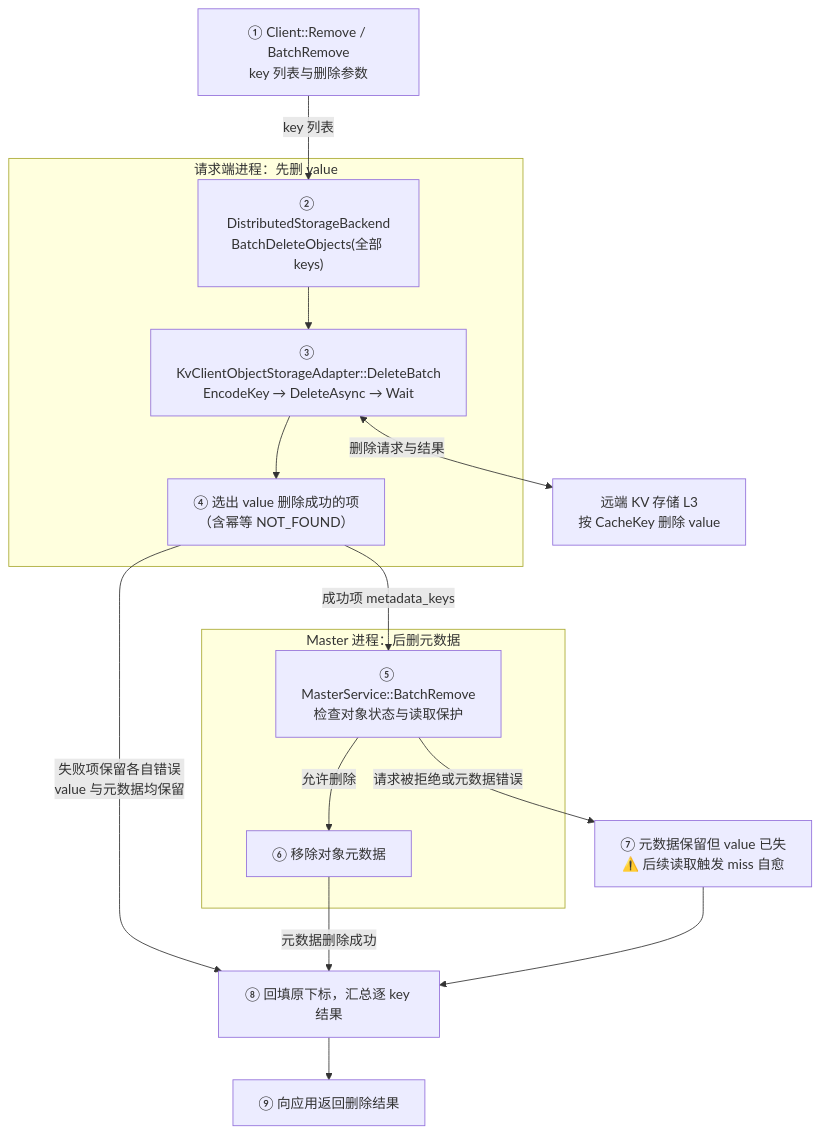
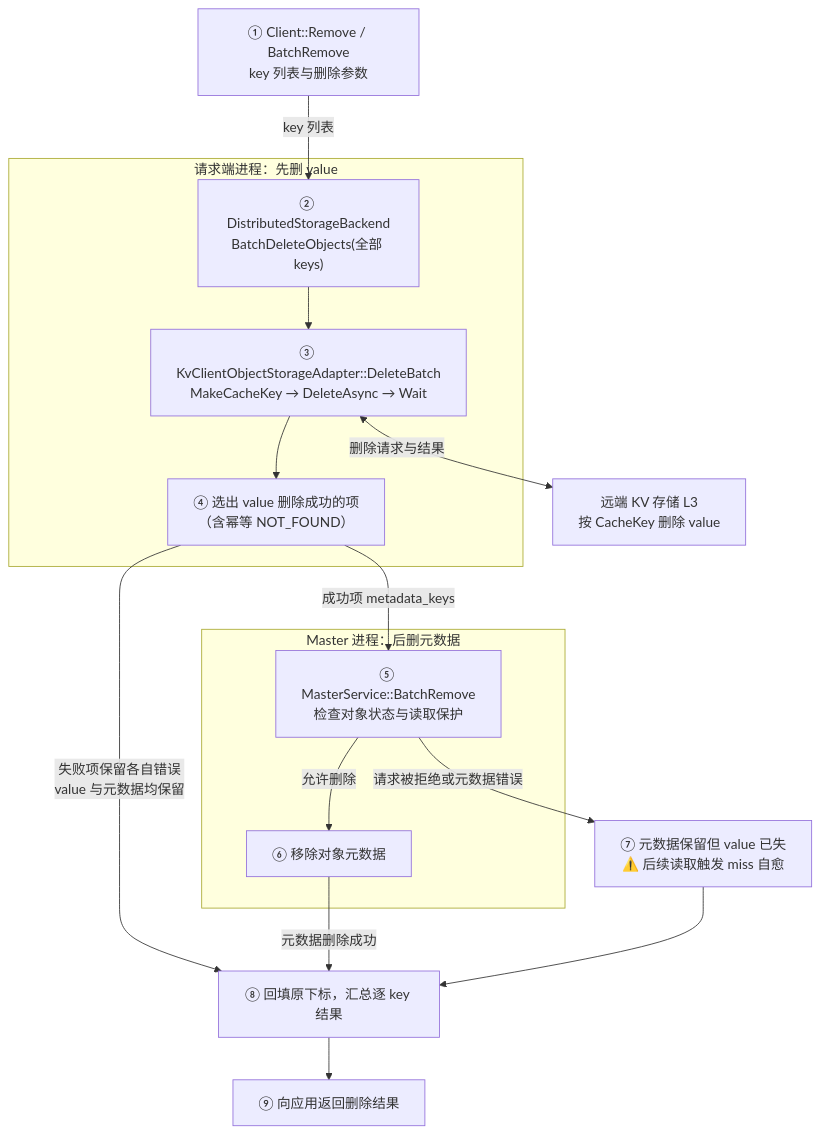
The sixth of 13 diagrams in Mooncake + KVClient L3 接入（Kvcs）- v3.md (zwj20000328-dotcom/Mooncake-documents), drawn with Mermaid before and after one commit. The commit also changed other lines of this file, not shown here.

First line of the commit message:
docs: align adapter naming with ASUStore vocabulary

````diff
--- a/Mooncake + KVClient L3 接入（Kvcs）- v3.md
+++ b/Mooncake + KVClient L3 接入（Kvcs）- v3.md
@@ -450,34 +450,34 @@
 ```mermaid
 flowchart TB
     C["① Client::Remove / BatchRemove<br/>key 列表与删除参数"]
 
     subgraph Request["请求端进程：先删 value"]
         B["② DistributedStorageBackend<br/>BatchDeleteObjects(全部 keys)"]
-        D["③ KvClientObjectStorageAdapter::DeleteBatch<br/>EncodeKey → DeleteAsync → Wait"]
+        D["③ KvClientObjectStorageAdapter::DeleteBatch<br/>MakeCacheKey → DeleteAsync → Wait"]
         PICK["④ 选出 value 删除成功的项<br/>（含幂等 NOT_FOUND）"]
 
         B --> D
         D --> PICK
     end
 
     subgraph Master["Master 进程：后删元数据"]
         M["⑤ MasterService::BatchRemove<br/>检查对象状态与读取保护"]
         META["⑥ 移除对象元数据"]
 
         M -->|"允许删除"| META
     end
 
     RESULT["⑧ 回填原下标，汇总逐 key 结果"]
     RETURN["⑨ 向应用返回删除结果"]
     WINDOW["⑦ 元数据保留但 value 已失<br/>⚠️ 后续读取触发 miss 自愈"]
     S["远端 KV 存储 L3<br/>按 CacheKey 删除 value"]
 
     C -->|"key 列表"| B
     D <-->|"删除请求与结果"| S
     PICK -->|"成功项 metadata_keys"| M
     PICK -->|"失败项保留各自错误<br/>value 与元数据均保留"| RESULT
     M -->|"请求被拒绝或元数据错误"| WINDOW
     META -->|"元数据删除成功"| RESULT
     WINDOW --> RESULT
     RESULT --> RETURN
 ```
````
